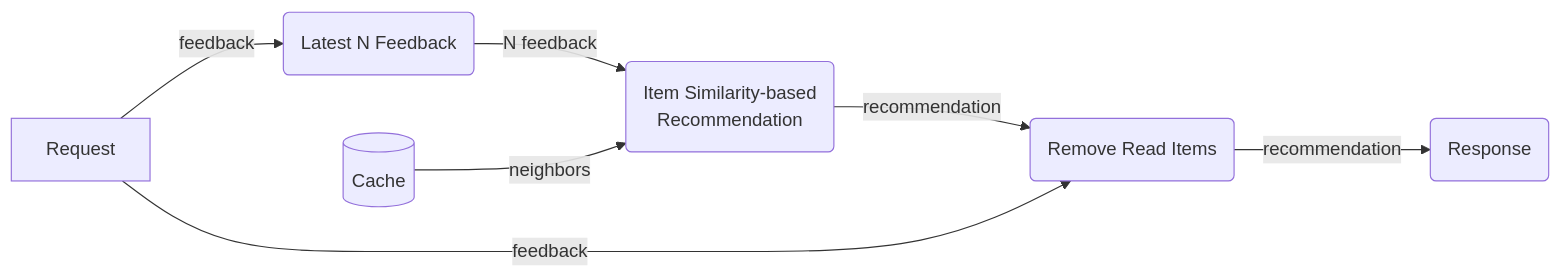
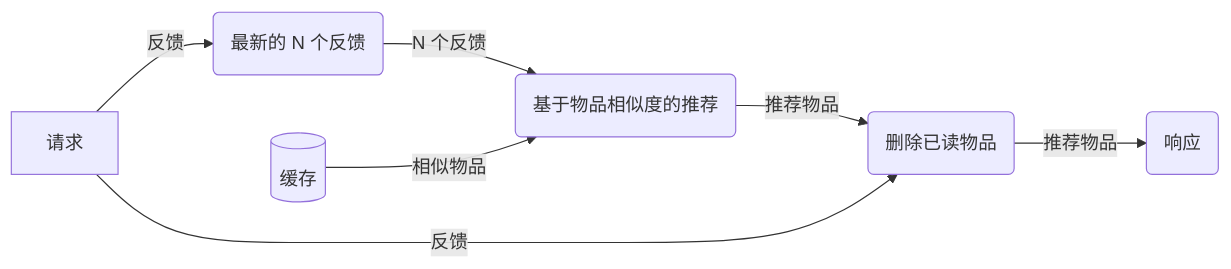
Before and after one commit to gorse-io/docs: the fifth of 5 diagrams in src/zh/docs/concepts/how-it-works.md, drawn with Mermaid. The commit also changed other lines of this file, not shown here.

````diff
--- a/src/zh/docs/concepts/how-it-works.md
+++ b/src/zh/docs/concepts/how-it-works.md
@@ -213,9 +233,9 @@
 ```mermaid
 flowchart LR
-    request[Request]--feedback-->head(Latest N Feedback)
-    head--N feedback-->recommend(Item Similarity-based\nRecommendation)
-    recommend--recommendation-->remove(Remove Read Items)
-    remove--recommendation-->response(Response)
-    request--feedback-->remove
-    cache[(Cache)]--neighbors-->recommend
+    request[请求]--反馈-->head(最新的 N 个反馈)
+    head--N 个反馈-->recommend(基于物品相似度的推荐)
+    recommend--推荐物品-->remove(删除已读物品)
+    remove--推荐物品-->response(响应)
+    request--反馈-->remove
+    cache[(缓存)]--相似物品-->recommend
 ```
````
